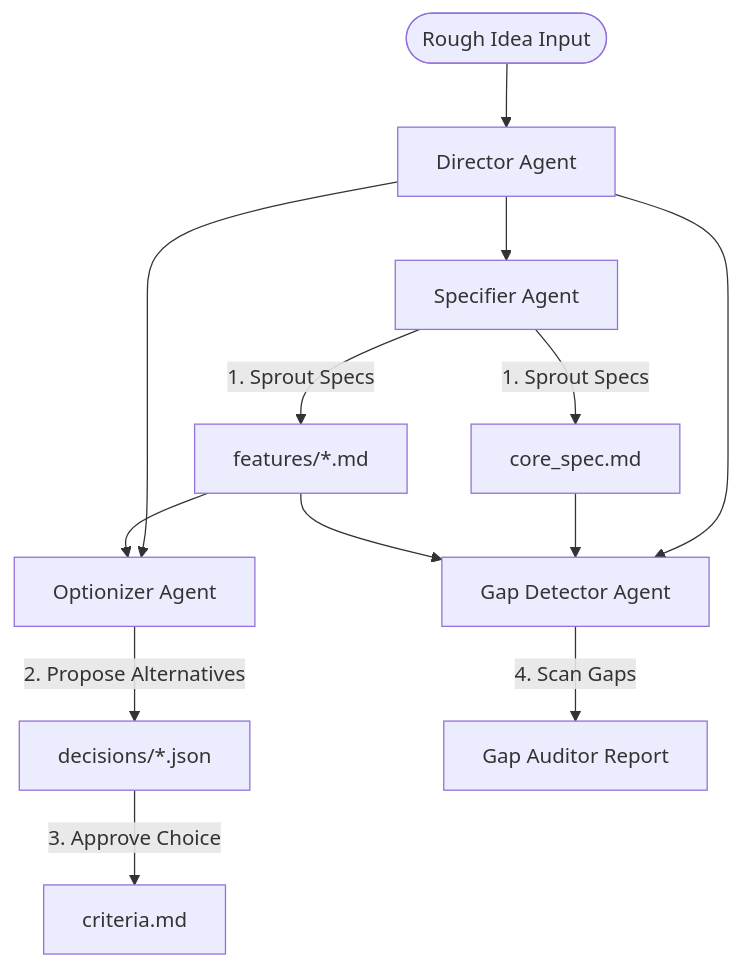
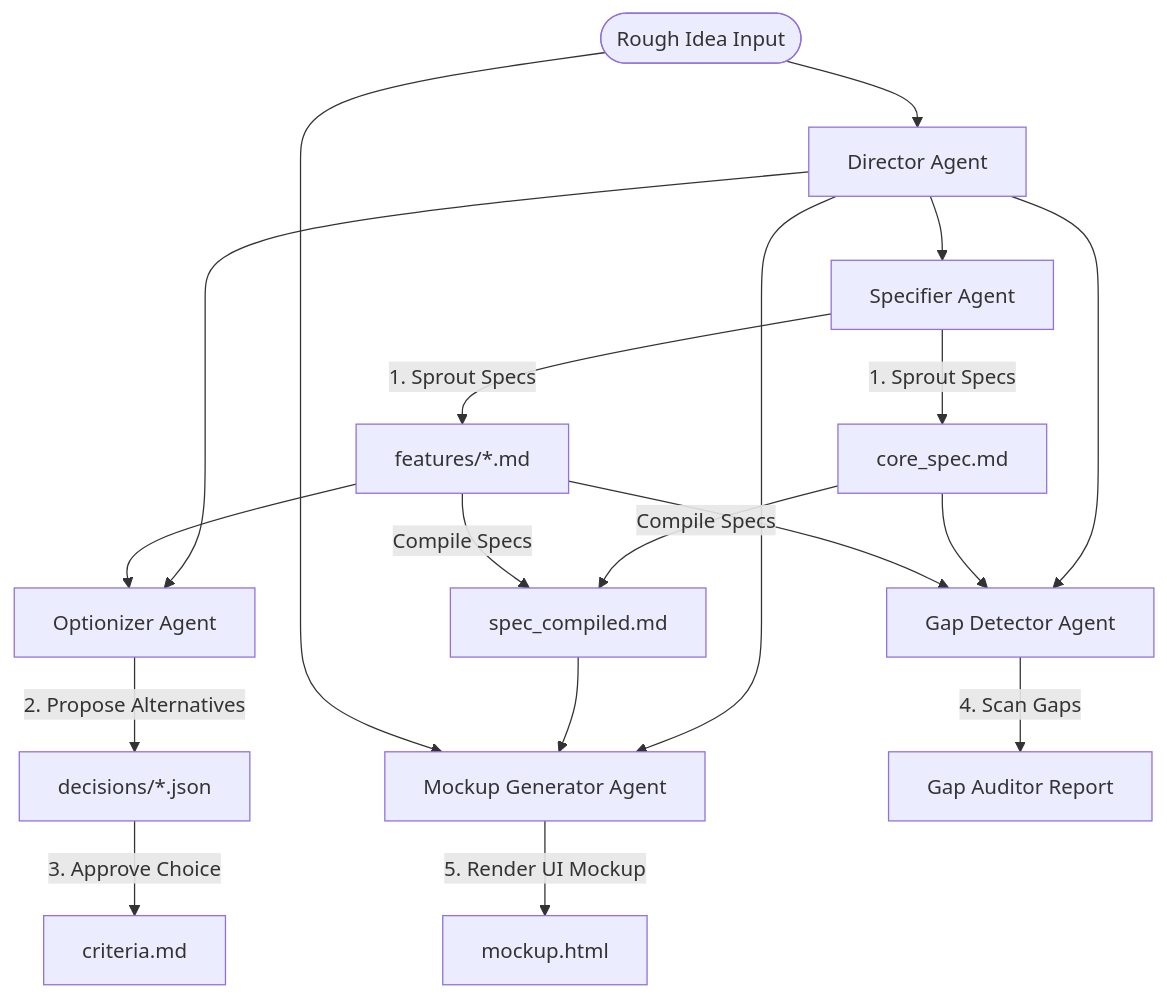
The diagram in docs/v0.9_architecture.md (naka98/LAO), drawn with Mermaid before and after one commit. The commit also changed other lines of this file and 2 other files, not shown here.

Commit message:
docs: update READMEs and architecture guide for v0.9.1 features

````diff
--- a/docs/v0.9_architecture.md
+++ b/docs/v0.9_architecture.md
@@ -59,18 +61,23 @@
 ```mermaid
 graph TD
     User([Rough Idea Input]) --> Director[Director Agent]
     Director --> Specifier[Specifier Agent]
     Director --> Optionizer[Optionizer Agent]
     Director --> GapDetector[Gap Detector Agent]
+    Director --> MockupGen[Mockup Generator Agent]
     
     Specifier -->|1. Sprout Specs| Core[core_spec.md]
     Specifier -->|1. Sprout Specs| Feat[features/*.md]
     
     Feat --> Optionizer
     Optionizer -->|2. Propose Alternatives| Decisions[decisions/*.json]
     
     Decisions -->|3. Approve Choice| Criteria[criteria.md]
     
     Core & Feat --> GapDetector
     GapDetector -->|4. Scan Gaps| Gaps[Gap Auditor Report]
+    
+    Core & Feat -->|Compile Specs| SpecCompiled[spec_compiled.md]
+    SpecCompiled & User --> MockupGen
+    MockupGen -->|5. Render UI Mockup| Mockup[mockup.html]
 ```
````
